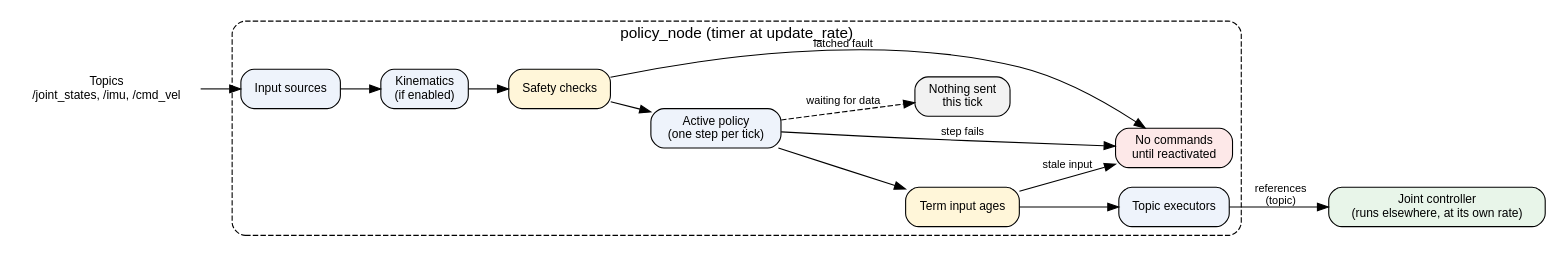
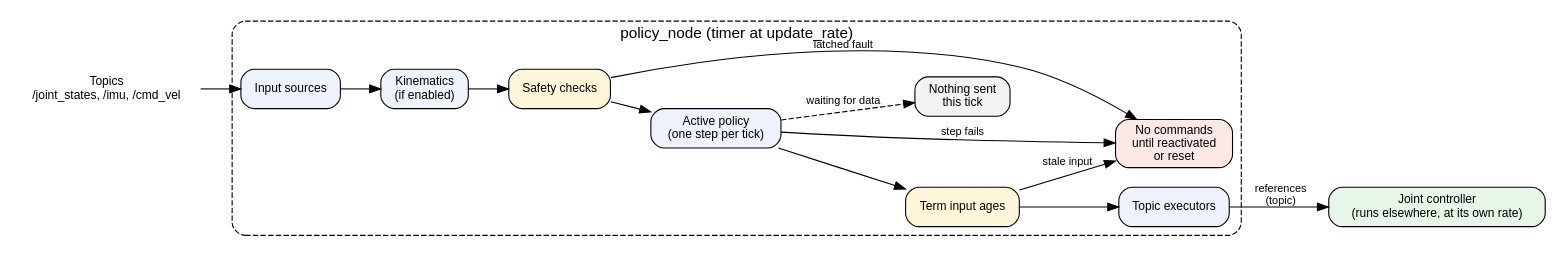
The first of 3 diagrams in docs/hosts.rst (saikishor/ros2_policy_framework), drawn with Graphviz before and after one commit. The commit also changed other lines of this file and 5 other files, not shown here.

```diff
--- a/docs/hosts.rst
+++ b/docs/hosts.rst
@@ -15,27 +15,27 @@
 .. graphviz::
 
    digraph node_host {
      rankdir=LR;
      node [shape=box, style="rounded,filled", fillcolor="#eef3fb", fontname="Helvetica", fontsize=11];
      edge [fontname="Helvetica", fontsize=10];
      topics [label="Topics\n/joint_states, /imu, /cmd_vel", shape=plaintext, fillcolor=none];
      subgraph cluster_node {
        label="policy_node (timer at update_rate)"; style="rounded,dashed"; fontname="Helvetica";
        sources [label="Input sources"];
        kin [label="Kinematics\n(if enabled)"];
        safety [label="Safety checks", fillcolor="#fff6d9"];
        policy [label="Active policy\n(one step per tick)"];
        ages [label="Term input ages", fillcolor="#fff6d9"];
        execs [label="Topic executors"];
-       stop [label="No commands\nuntil reactivated", fillcolor="#fde8e8"];
+       stop [label="No commands\nuntil reactivated\nor reset", fillcolor="#fde8e8"];
        wait [label="Nothing sent\nthis tick", fillcolor="#f2f2f2"];
        sources -> kin -> safety -> policy -> ages -> execs;
        policy -> wait [label="waiting for data", style=dashed];
        safety -> stop [label="latched fault"];
        policy -> stop [label="step fails"];
        ages -> stop [label="stale input"];
      }
      joint_ctrl [label="Joint controller\n(runs elsewhere, at its own rate)", fillcolor="#e8f5e9"];
      topics -> sources;
      execs -> joint_ctrl [label="references\n(topic)"];
    }
```
